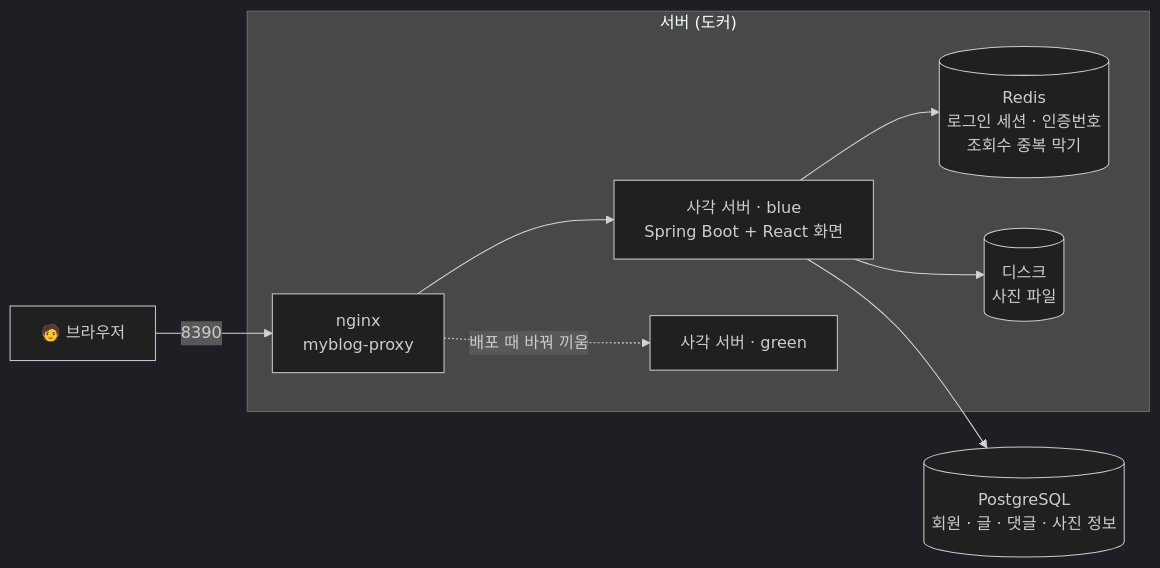
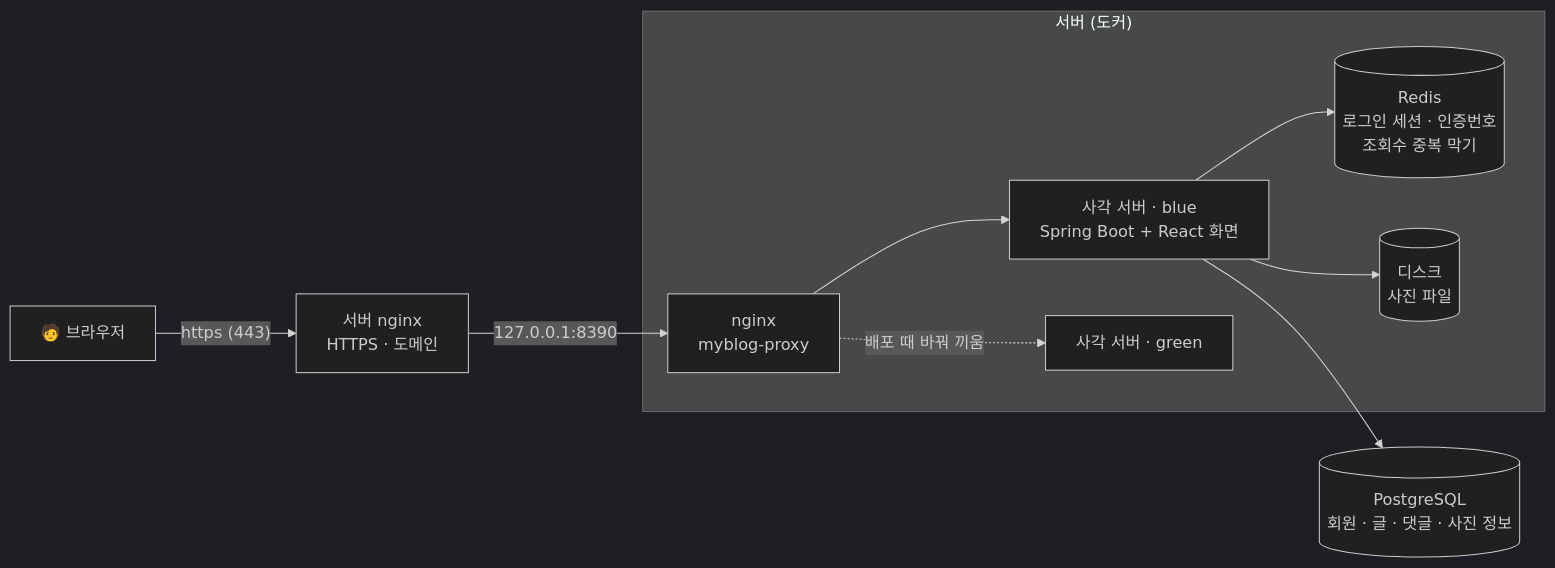
Before and after one commit to AIP-1/blog-basic-AIGJ_01_10_pblog: the first of 2 diagrams in README.md, drawn with Mermaid (dark theme). The commit also changed other lines of this file, not shown here.

````diff
--- a/README.md
+++ b/README.md
@@ -93,11 +93,12 @@
 ```mermaid
 flowchart LR
-  U["🧑 브라우저"] -->|"8390"| N["nginx<br/>myblog-proxy"]
+  U["🧑 브라우저"] -->|"https (443)"| H["서버 nginx<br/>HTTPS · 도메인"]
+  H -->|"127.0.0.1:8390"| N["nginx<br/>myblog-proxy"]
   subgraph S["서버 (도커)"]
     N --> B["사각 서버 · blue<br/>Spring Boot + React 화면"]
     N -.->|"배포 때 바꿔 끼움"| G["사각 서버 · green"]
     B --> R[("Redis<br/>로그인 세션 · 인증번호<br/>조회수 중복 막기")]
     B --> D[("디스크<br/>사진 파일")]
   end
   B --> P[("PostgreSQL<br/>회원 · 글 · 댓글 · 사진 정보")]
 ```
````
